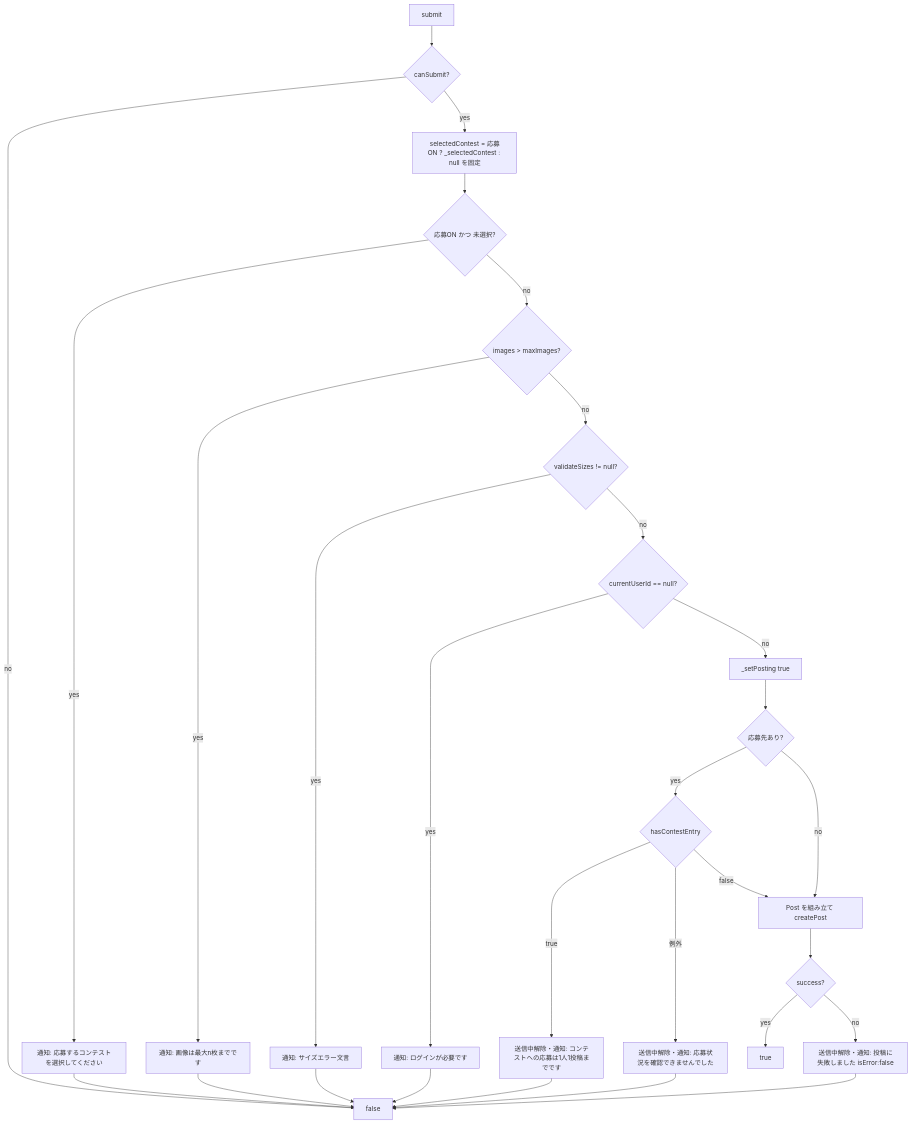
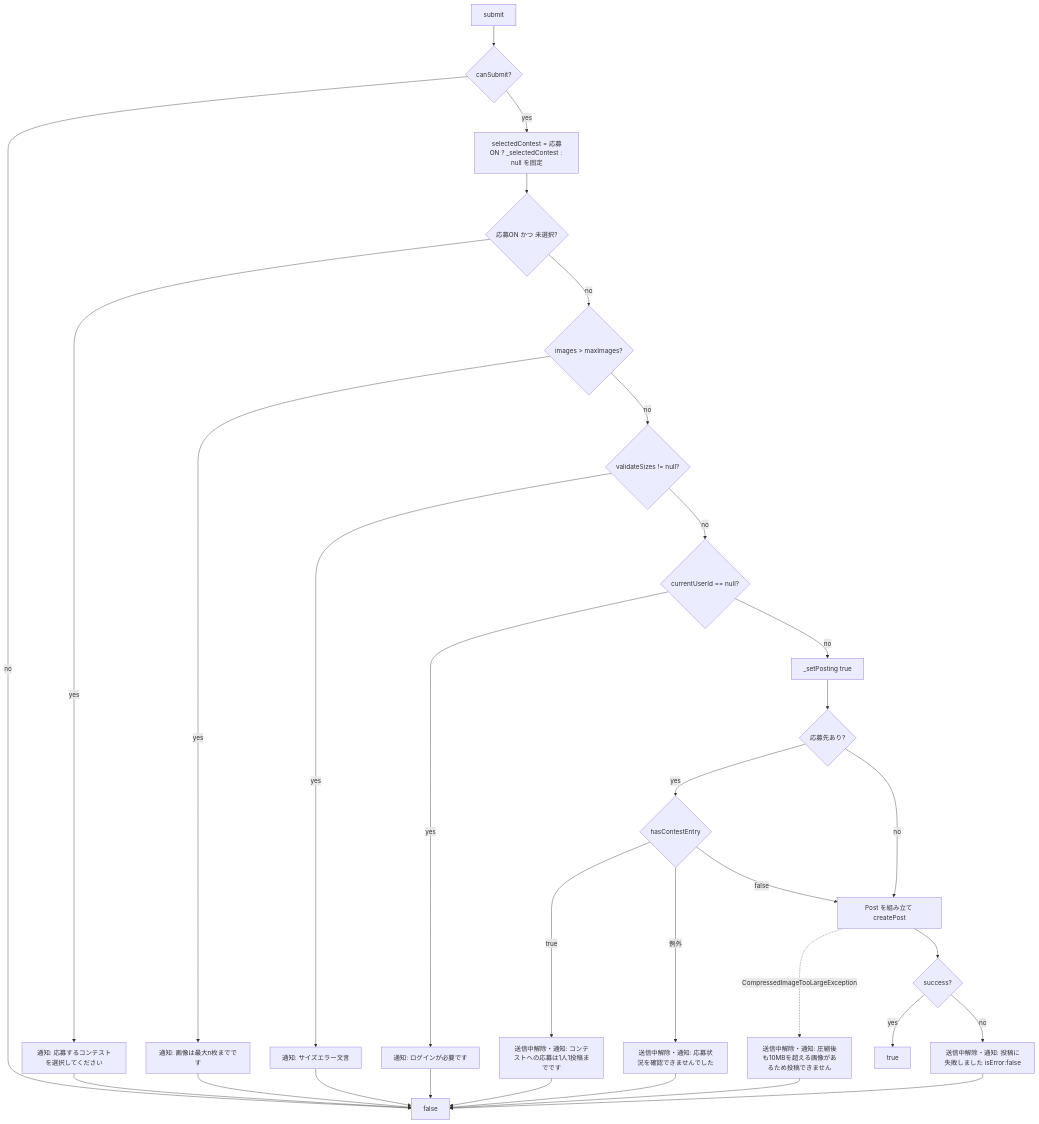
One commit to Yokochi513/afterglow_app changed the second of 2 diagrams in docs/design/detail/02_地図・投稿作成/post_add_view_model.md. Above: the diagram before and after it, drawn with Mermaid. The commit also changed other lines of this file and 4 other files, not shown here.

````diff
--- a/docs/design/detail/02_地図・投稿作成/post_add_view_model.md
+++ b/docs/design/detail/02_地図・投稿作成/post_add_view_model.md
@@ -227,24 +227,25 @@
 ```mermaid
 flowchart TD
   A[submit] --> B{canSubmit?}
   B -- no --> Z[false]
   B -- yes --> C[selectedContest = 応募ON ? _selectedContest : null を固定]
   C --> D{応募ON かつ 未選択?}
   D -- yes --> N1[通知: 応募するコンテストを選択してください] --> Z
   D -- no --> E{images > maxImages?}
   E -- yes --> N2[通知: 画像は最大n枚までです] --> Z
   E -- no --> F{validateSizes != null?}
   F -- yes --> N3[通知: サイズエラー文言] --> Z
   F -- no --> G{currentUserId == null?}
   G -- yes --> N4[通知: ログインが必要です] --> Z
   G -- no --> H[_setPosting true]
   H --> I{応募先あり?}
   I -- yes --> J{hasContestEntry}
   J -- true --> N5[送信中解除・通知: コンテストへの応募は1人1投稿までです] --> Z
   J -- 例外 --> N6[送信中解除・通知: 応募状況を確認できませんでした] --> Z
   J -- false --> K
   I -- no --> K[Post を組み立て createPost]
   K --> L{success?}
+  K -. CompressedImageTooLargeException .-> N8[送信中解除・通知: 圧縮後も10MBを超える画像があるため投稿できません] --> Z
   L -- no --> N7[送信中解除・通知: 投稿に失敗しました isError:false] --> Z
   L -- yes --> Y[true]
 ```
````
